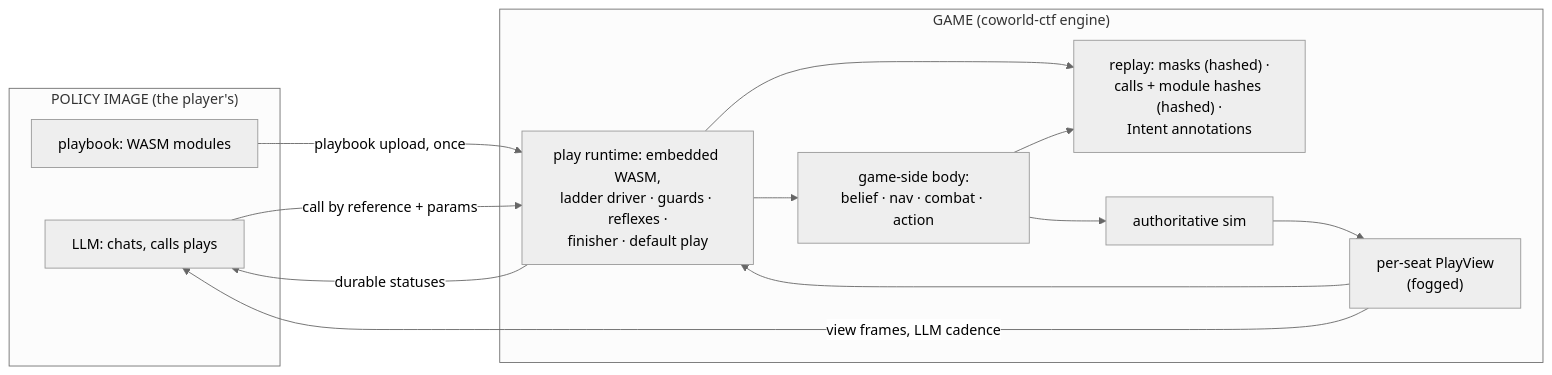
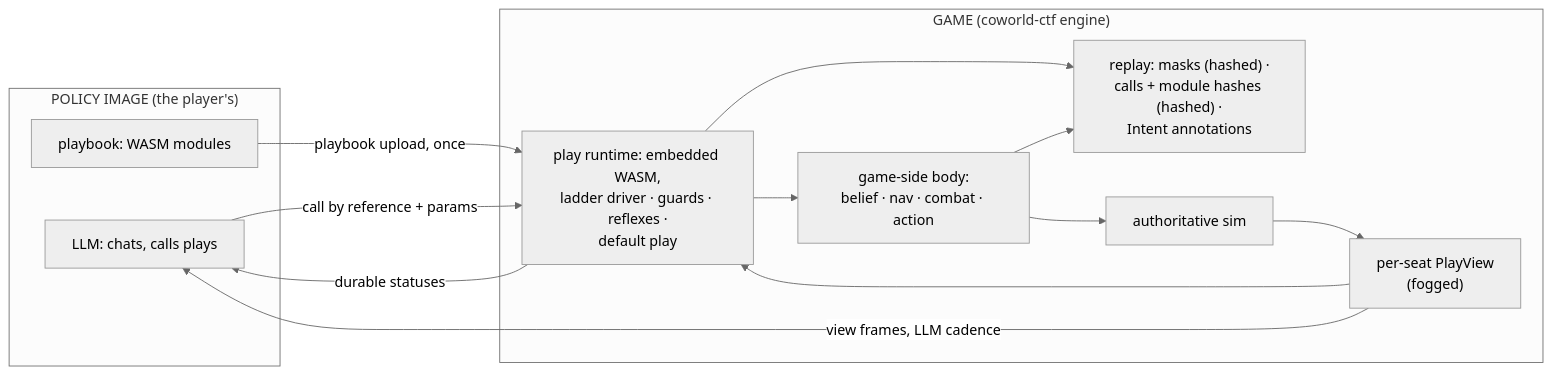
One commit to Metta-AI/coworld-ctf changed the diagram in docs/designs/strategy-play-calling-shell-2026-08-29.md. Above: the diagram before and after it, drawn with Mermaid (neutral theme). The commit also changed other lines of this file and 46 other files, not shown here.

````diff
--- a/docs/designs/strategy-play-calling-shell-2026-08-29.md
+++ b/docs/designs/strategy-play-calling-shell-2026-08-29.md
@@ -69,21 +69,21 @@
 ```mermaid
 flowchart LR
     subgraph POLICY["POLICY IMAGE (the player's)"]
         LLM["LLM: chats, calls plays"]
         PB["playbook: WASM modules"]
     end
     subgraph GAME["GAME (coworld-ctf engine)"]
         VF["per-seat PlayView<br/>(fogged)"]
-        RT["play runtime: embedded WASM,<br/>ladder driver · guards · reflexes ·<br/>finisher · default play"]
+        RT["play runtime: embedded WASM,<br/>ladder driver · guards · reflexes ·<br/>default play"]
         BODY["game-side body:<br/>belief · nav · combat · action"]
         REC["replay: masks (hashed) ·<br/>calls + module hashes (hashed) ·<br/>Intent annotations"]
         SIM["authoritative sim"]
         SIM --> VF --> RT --> BODY --> SIM
         RT --> REC
         BODY --> REC
     end
     PB -->|"playbook upload, once"| RT
     LLM -->|"call by reference + params"| RT
     VF -->|"view frames, LLM cadence"| LLM
     RT -->|"durable statuses"| LLM
 ```
````
